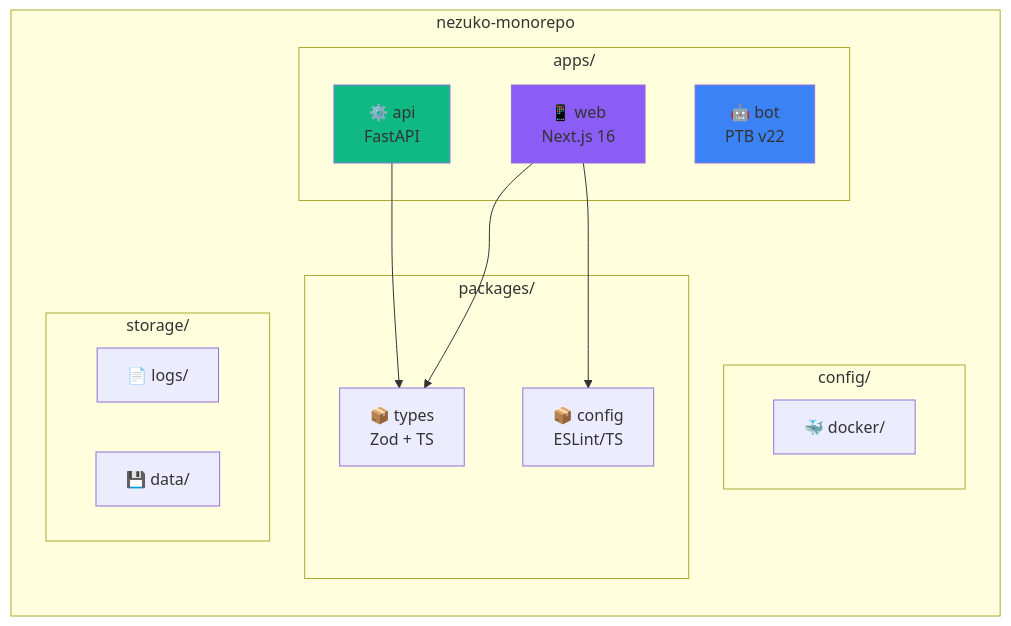
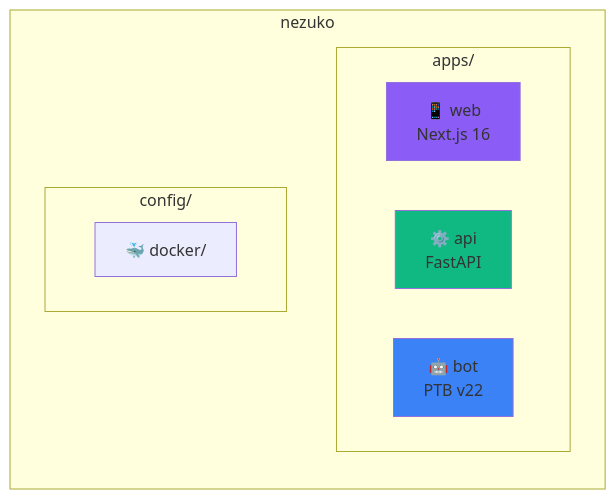
The second of 13 diagrams in docs/architecture/diagrams.md (mohdakil2426/Nezuko-Telegram-Bot), drawn with Mermaid before and after one commit. The commit also changed other lines of this file and 263 other files, not shown here.

````diff
--- a/docs/architecture/diagrams.md
+++ b/docs/architecture/diagrams.md
@@ -71,34 +71,21 @@
 ```mermaid
 graph LR
-    subgraph "nezuko-monorepo"
+    subgraph "nezuko"
         direction TB
         
         subgraph "apps/"
             WEB["📱 web<br/>Next.js 16"]
             API["⚙️ api<br/>FastAPI"]
             BOT["🤖 bot<br/>PTB v22"]
         end
         
-        subgraph "packages/"
-            TYPES["📦 types<br/>Zod + TS"]
-            CONFIG["📦 config<br/>ESLint/TS"]
-        end
-        
         subgraph "config/"
             DOCKER["🐳 docker/"]
         end
         
-        subgraph "storage/"
-            LOGS["📄 logs/"]
-            DATA["💾 data/"]
-        end
     end
-    
-    WEB --> TYPES
-    API --> TYPES
-    WEB --> CONFIG
 
     style WEB fill:#8b5cf6
     style API fill:#10b981
     style BOT fill:#3b82f6
 ```
````
